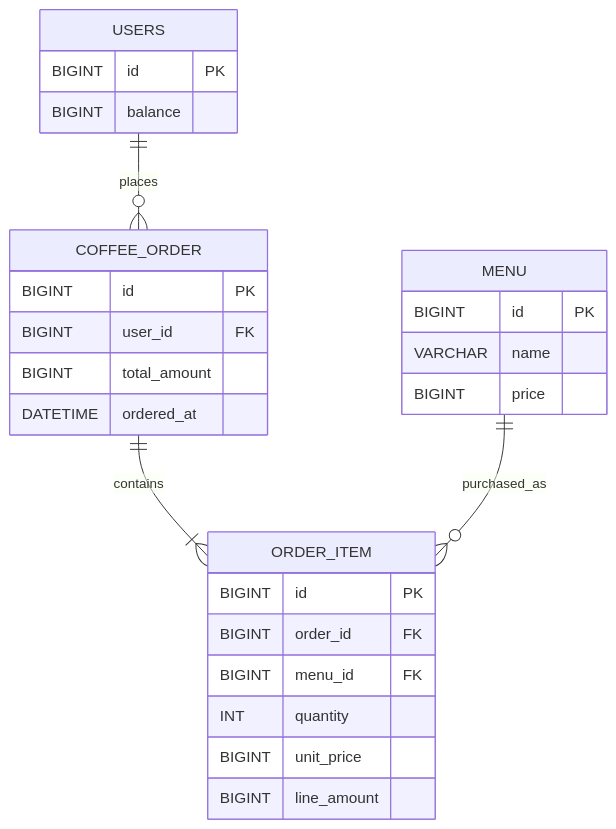
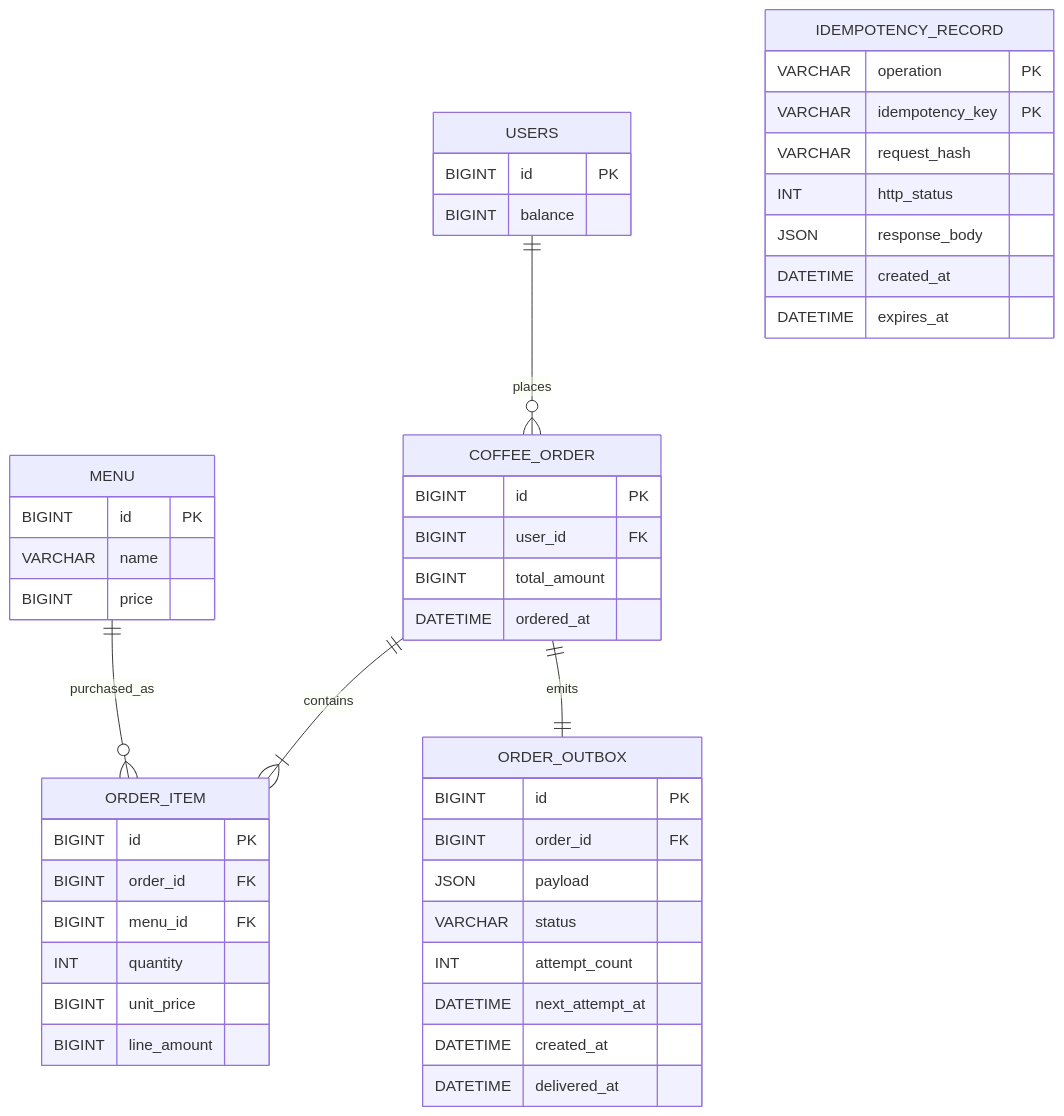
One commit to Astro-Luminoso/nbc-coffee-order-system changed the first of 2 diagrams in docs/ERD.md. Above: the diagram before and after it, drawn with Mermaid. The commit also changed other lines of this file and 4 other files, not shown here.

````diff
--- a/docs/ERD.md
+++ b/docs/ERD.md
@@ -11,33 +11,55 @@
 ```mermaid
 erDiagram
     USERS {
         BIGINT id PK
         BIGINT balance
     }
 
     MENU {
         BIGINT id PK
         VARCHAR name
         BIGINT price
     }
 
     COFFEE_ORDER {
         BIGINT id PK
         BIGINT user_id FK
         BIGINT total_amount
         DATETIME ordered_at
     }
 
     ORDER_ITEM {
         BIGINT id PK
         BIGINT order_id FK
         BIGINT menu_id FK
         INT quantity
         BIGINT unit_price
         BIGINT line_amount
     }
 
+    ORDER_OUTBOX {
+        BIGINT id PK
+        BIGINT order_id FK
+        JSON payload
+        VARCHAR status
+        INT attempt_count
+        DATETIME next_attempt_at
+        DATETIME created_at
+        DATETIME delivered_at
+    }
+
+    IDEMPOTENCY_RECORD {
+        VARCHAR operation PK
+        VARCHAR idempotency_key PK
+        VARCHAR request_hash
+        INT http_status
+        JSON response_body
+        DATETIME created_at
+        DATETIME expires_at
+    }
+
     USERS ||--o{ COFFEE_ORDER : places
     COFFEE_ORDER ||--|{ ORDER_ITEM : contains
+    COFFEE_ORDER ||--|| ORDER_OUTBOX : emits
     MENU ||--o{ ORDER_ITEM : purchased_as
 ```
````
